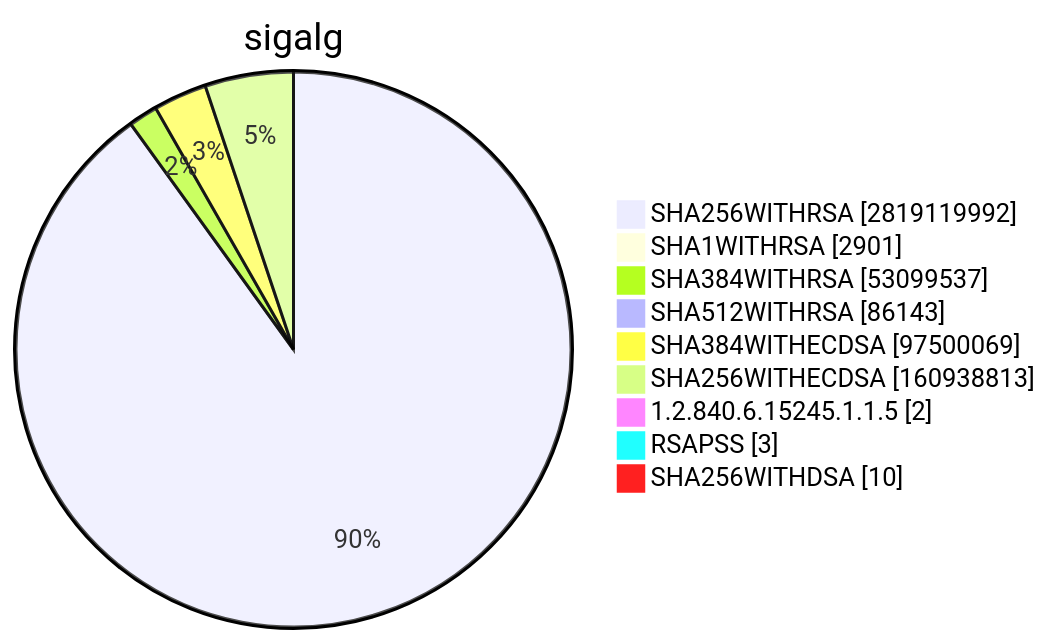
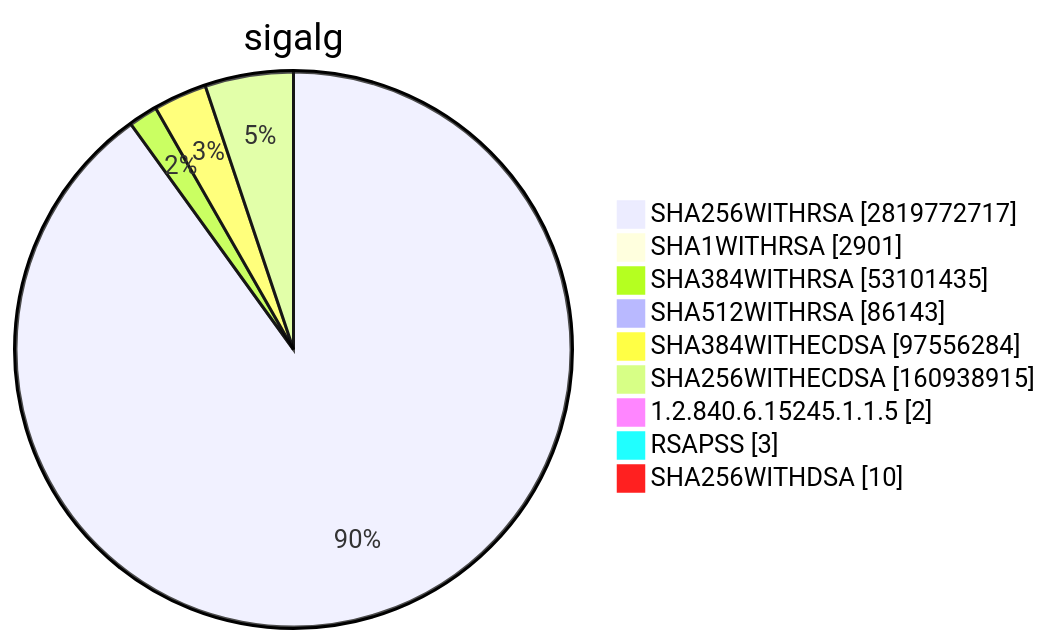
Diagram 15 of 15 in TOTAL/README.md (christiankrug/ctmonitor_visualization), drawn with Mermaid before and after one commit. The commit also changed other lines of this file, not shown here.

````diff
--- a/TOTAL/README.md
+++ b/TOTAL/README.md
@@ -6207,13 +6207,13 @@
 ```mermaid
 pie showData
 title sigalg
-"SHA256WITHRSA" :2819119992
+"SHA256WITHRSA" :2819772717
 "SHA1WITHRSA" :2901
-"SHA384WITHRSA" :53099537
+"SHA384WITHRSA" :53101435
 "SHA512WITHRSA" :86143
-"SHA384WITHECDSA" :97500069
-"SHA256WITHECDSA" :160938813
+"SHA384WITHECDSA" :97556284
+"SHA256WITHECDSA" :160938915
 "1.2.840.6.15245.1.1.5" :2
 "RSAPSS" :3
 "SHA256WITHDSA" :10
 ```
````
